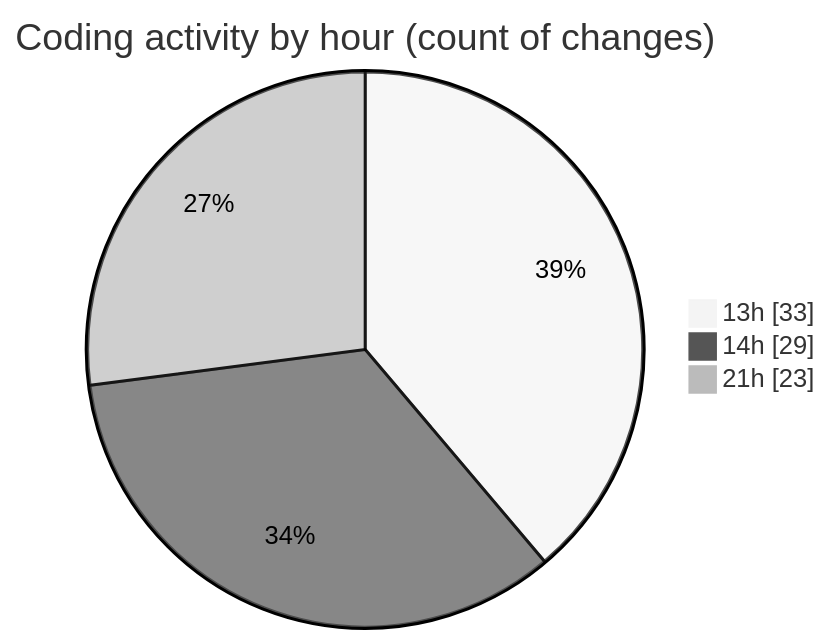
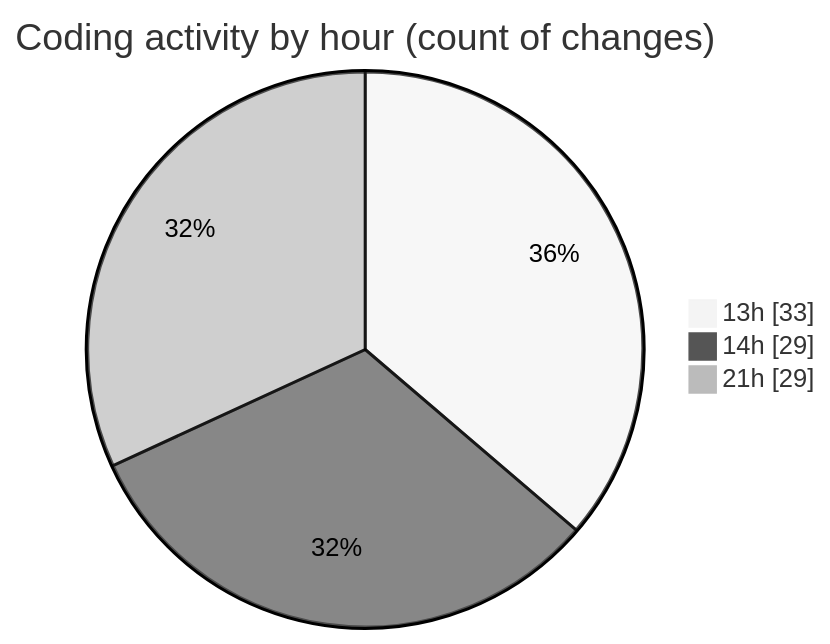
The second of 2 diagrams in 2025-09-13/hiai-phf/README.md (lephambinh05/code-tracking), drawn with Mermaid (neutral theme) before and after one commit. The commit also changed other lines of this file and 1 other file, not shown here.

````diff
--- a/2025-09-13/hiai-phf/README.md
+++ b/2025-09-13/hiai-phf/README.md
@@ -42,7 +42,7 @@
 ```mermaid
 pie showData
 title Coding activity by hour (count of changes)
 "13h" : 33
 "14h" : 29
-"21h" : 23
+"21h" : 29
 ```
````
